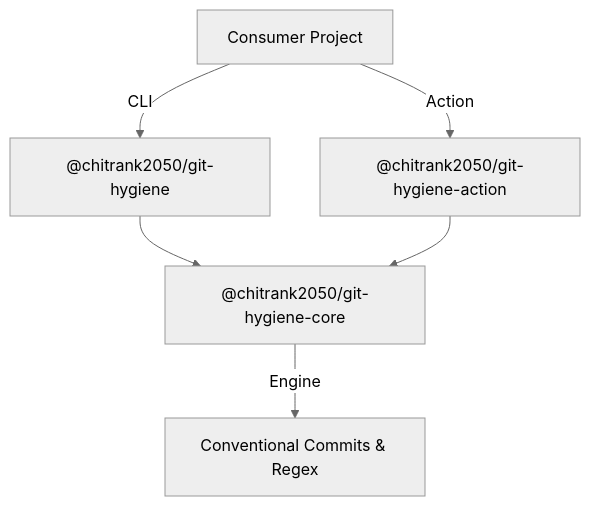
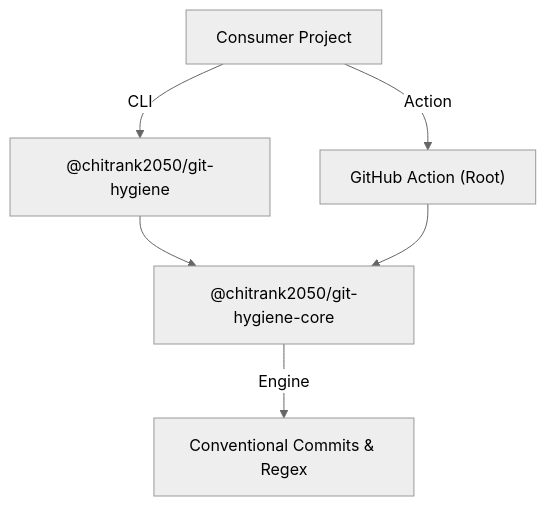
One commit to chitranklabs/git-hygiene changed the diagram in README.md. Above: the diagram before and after it, drawn with Mermaid (neutral theme). The commit also changed other lines of this file and 5 other files, not shown here.

Commit message:
refactor: remove dedicated action package and consolidate logic into the repository root

````diff
--- a/README.md
+++ b/README.md
@@ -216,8 +216,8 @@
 ```mermaid
 graph TD
     A[Consumer Project] -->|CLI| B["@chitrank2050/git-hygiene"]
-    A -->|Action| C["@chitrank2050/git-hygiene-action"]
+    A -->|Action| C["GitHub Action (Root)"]
     B --> D["@chitrank2050/git-hygiene-core"]
     C --> D
     D -->|Engine| E["Conventional Commits & Regex"]
 ```
````
